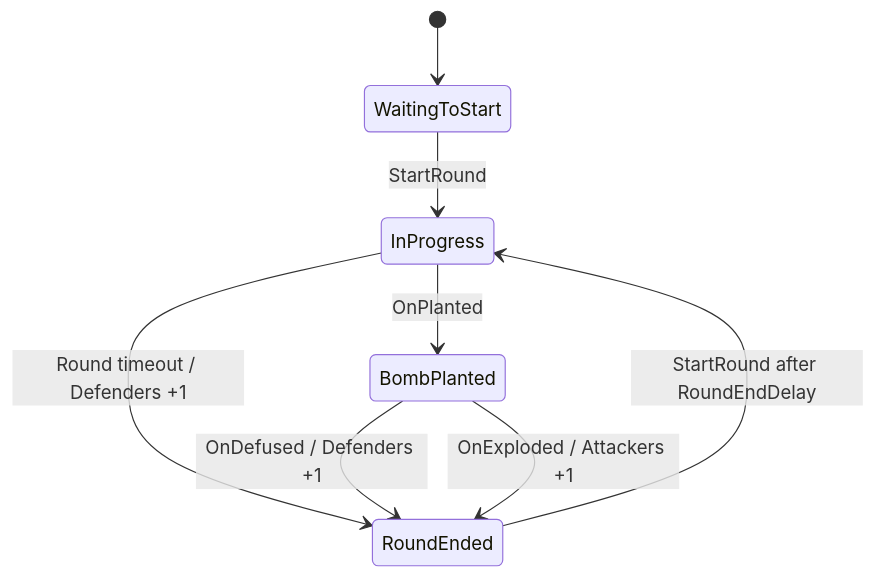
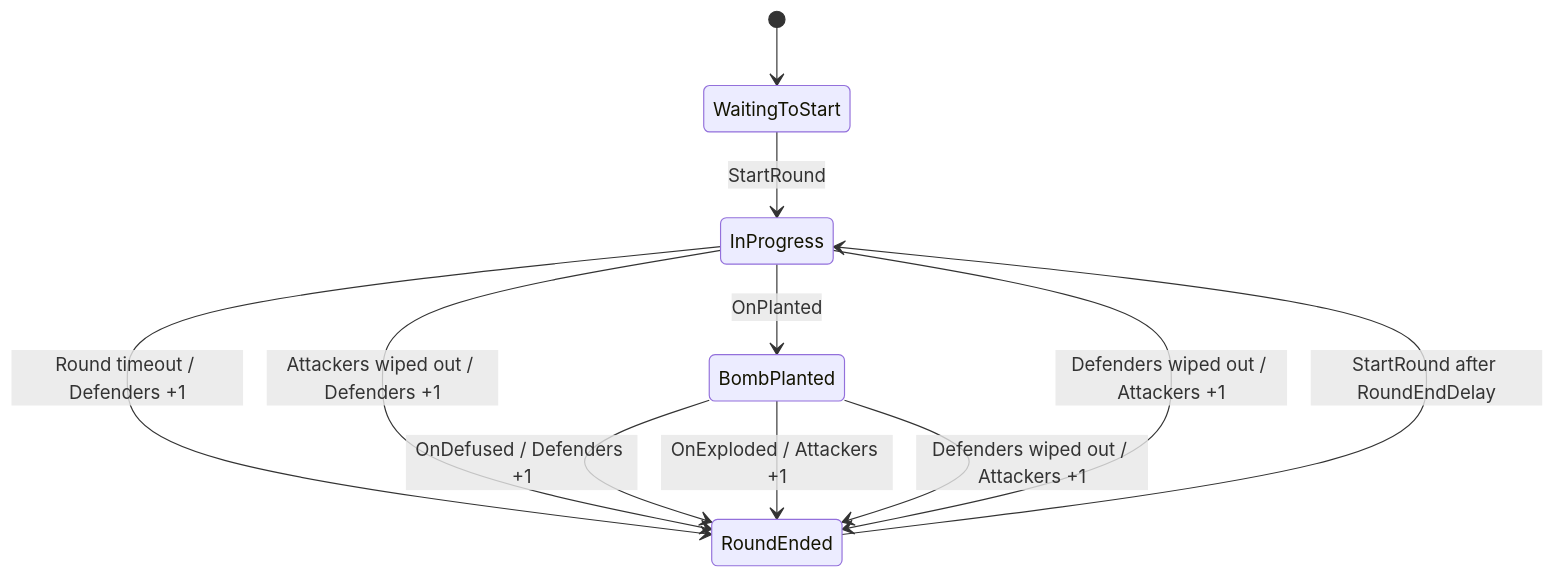
One commit to woodsshin/GameServer changed the second of 4 diagrams in Kiraverse/README_EN.md. Above: the diagram before and after it, drawn with Mermaid. The commit also changed other lines of this file and 30 other files, not shown here.

````diff
--- a/Kiraverse/README_EN.md
+++ b/Kiraverse/README_EN.md
@@ -382,10 +396,13 @@
 ```mermaid
 stateDiagram-v2
     [*] --> WaitingToStart
     WaitingToStart --> InProgress : StartRound
     InProgress --> BombPlanted : OnPlanted
     InProgress --> RoundEnded : Round timeout / Defenders +1
+    InProgress --> RoundEnded : Attackers wiped out / Defenders +1
     BombPlanted --> RoundEnded : OnDefused / Defenders +1
     BombPlanted --> RoundEnded : OnExploded / Attackers +1
+    BombPlanted --> RoundEnded : Defenders wiped out / Attackers +1
+    InProgress --> RoundEnded : Defenders wiped out / Attackers +1
     RoundEnded --> InProgress : StartRound after RoundEndDelay
 ```
````
